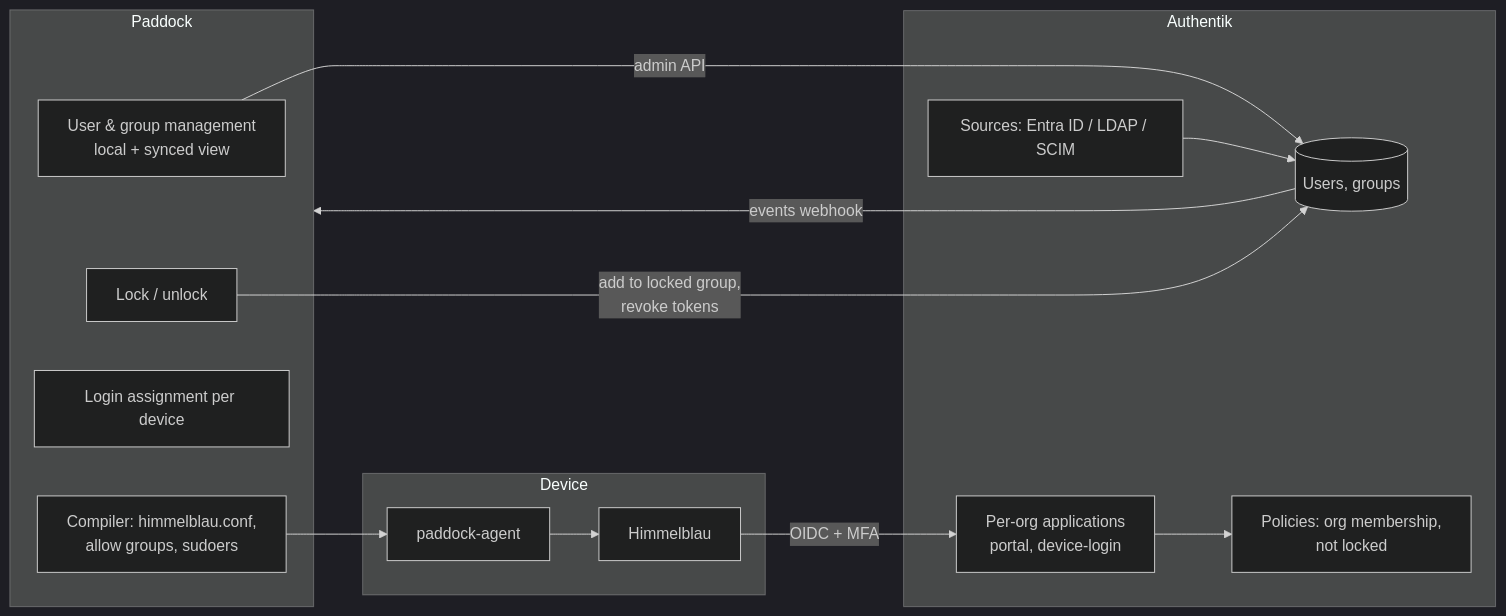
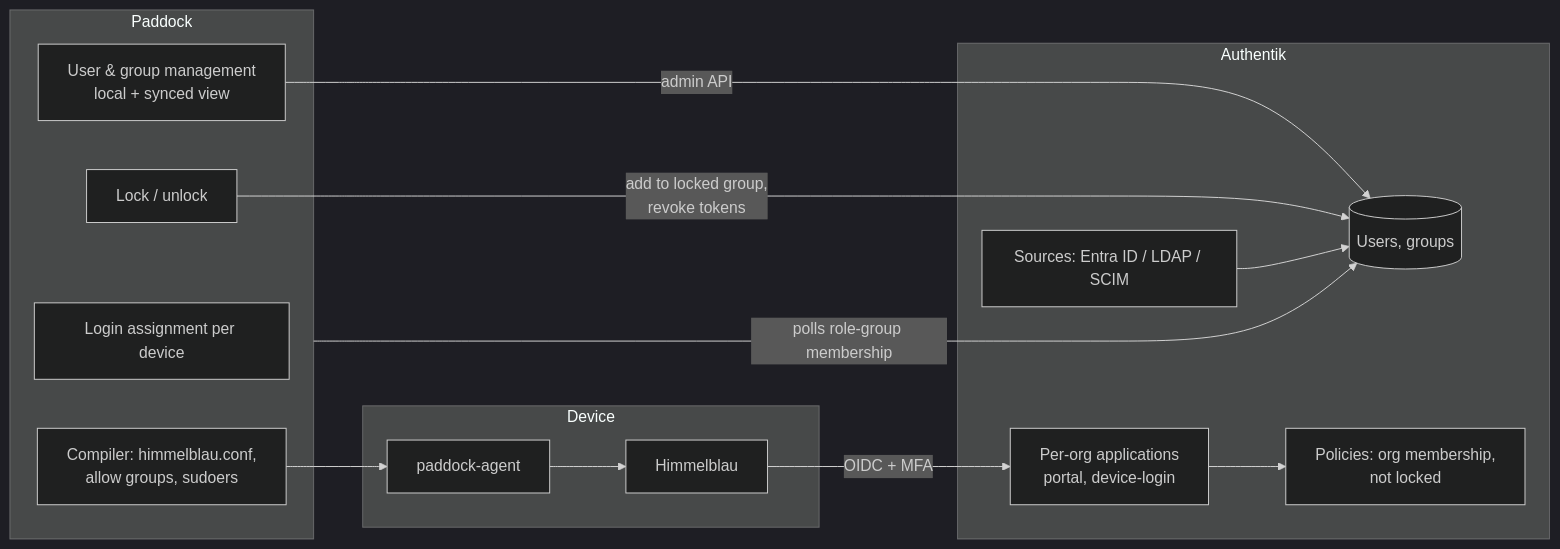
Before and after one commit to phischl/paddock-mdm: the tenth of 19 diagrams in docs/architecture.md, drawn with Mermaid (dark theme). The commit also changed other lines of this file and 5 other files, not shown here.

````diff
--- a/docs/architecture.md
+++ b/docs/architecture.md
@@ -795,26 +796,26 @@
 ```mermaid
 flowchart LR
   subgraph P[Paddock]
     um[User & group management<br/>local + synced view]
     lock[Lock / unlock]
     assign[Login assignment per device]
     comp[Compiler: himmelblau.conf,<br/>allow groups, sudoers]
   end
   subgraph AK[Authentik]
     users[(Users, groups)]
     apps[Per-org applications<br/>portal, device-login]
     pol[Policies: org membership,<br/>not locked]
     src[Sources: Entra ID / LDAP / SCIM]
   end
   subgraph D[Device]
     hb[Himmelblau]
     agent[paddock-agent]
   end
   um -->|admin API| users
   lock -->|add to locked group,<br/>revoke tokens| users
   src --> users
-  users -->|events webhook| P
+  P -->|polls role-group membership| users
   comp --> agent --> hb
   hb -->|OIDC + MFA| apps
   apps --> pol
 ```
````
